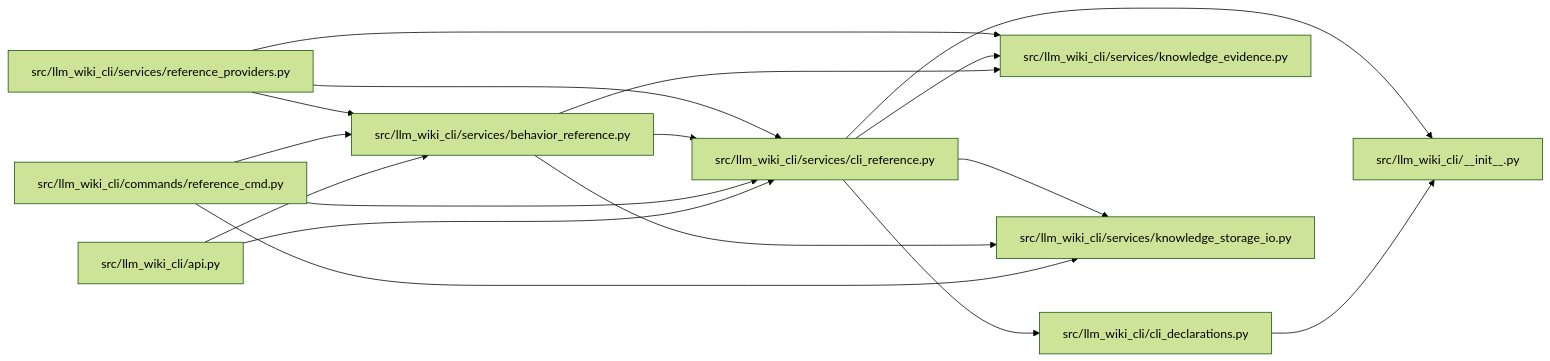
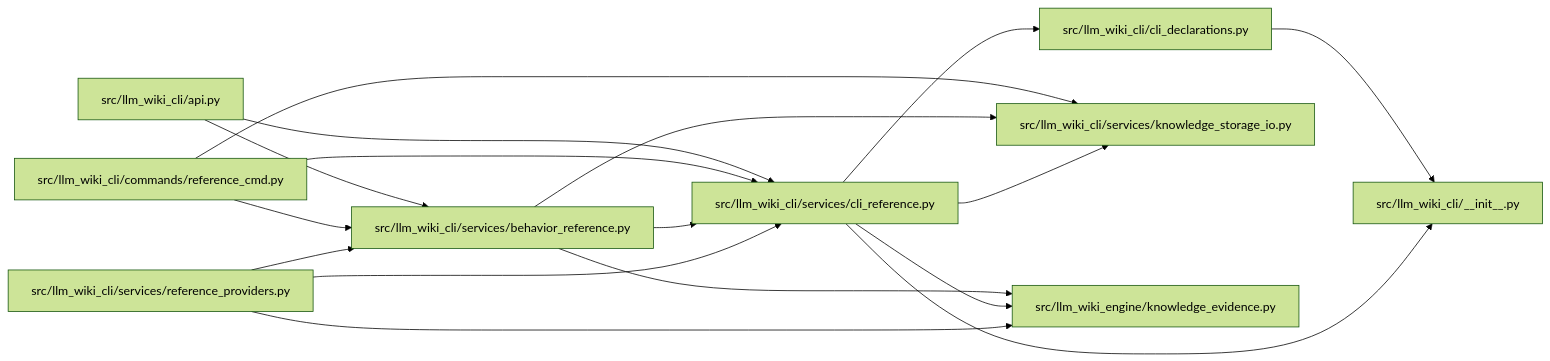
The diagram in docs/llm_wiki/modules/cli_reference.md (Denissvgn/python-wiki-llm), drawn with Mermaid (forest theme) before and after one commit. The commit also changed other lines of this file and 1103 other files, not shown here.

First line of the commit message:
docs: refresh the wiki for the llm-wiki-engine distribution

````diff
--- a/docs/llm_wiki/modules/cli_reference.md
+++ b/docs/llm_wiki/modules/cli_reference.md
@@ -32,37 +32,37 @@
 ```mermaid
 flowchart LR
     n0["src/llm_wiki_cli/__init__.py"]
     n1["src/llm_wiki_cli/api.py"]
     n2["src/llm_wiki_cli/cli_declarations.py"]
     n3["src/llm_wiki_cli/commands/reference_cmd.py"]
     n4["src/llm_wiki_cli/services/behavior_reference.py"]
     n5["src/llm_wiki_cli/services/cli_reference.py"]
-    n6["src/llm_wiki_cli/services/knowledge_evidence.py"]
-    n7["src/llm_wiki_cli/services/knowledge_storage_io.py"]
-    n8["src/llm_wiki_cli/services/reference_providers.py"]
+    n6["src/llm_wiki_cli/services/knowledge_storage_io.py"]
+    n7["src/llm_wiki_cli/services/reference_providers.py"]
+    n8["src/llm_wiki_engine/knowledge_evidence.py"]
     n1 --> n4
     n1 --> n5
     n2 --> n0
     n3 --> n4
     n3 --> n5
-    n3 --> n7
+    n3 --> n6
     n4 --> n5
     n4 --> n6
-    n4 --> n7
+    n4 --> n8
     n5 --> n0
     n5 --> n2
     n5 --> n6
-    n5 --> n7
-    n8 --> n4
-    n8 --> n5
-    n8 --> n6
+    n5 --> n8
+    n7 --> n4
+    n7 --> n5
+    n7 --> n8
     click n0 "../modules/llm_wiki_cli___init__.md"
     click n1 "../modules/api.md"
     click n2 "../modules/cli_declarations.md"
     click n3 "../modules/reference_cmd.md"
     click n4 "../modules/behavior_reference.md"
     click n5 "../modules/cli_reference.md"
-    click n6 "../modules/knowledge_evidence.md"
-    click n7 "../modules/knowledge_storage_io.md"
-    click n8 "../modules/reference_providers.md"
+    click n6 "../modules/knowledge_storage_io.md"
+    click n7 "../modules/reference_providers.md"
+    click n8 "../modules/knowledge_evidence.md"
 ```
````
